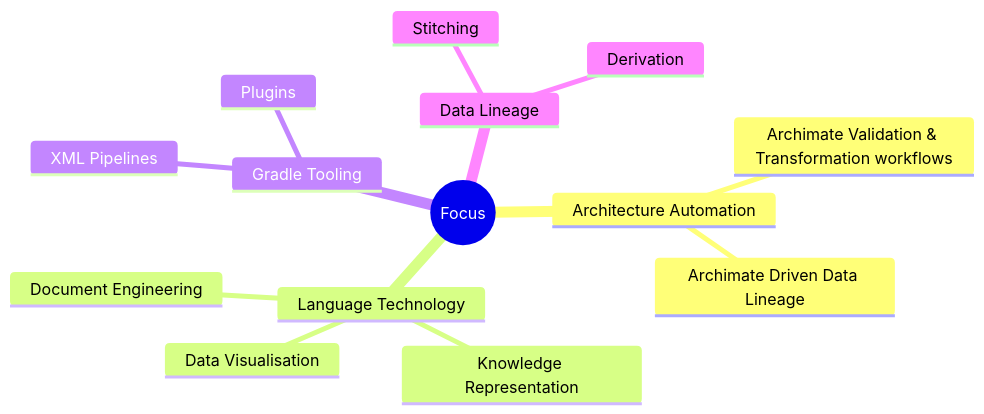
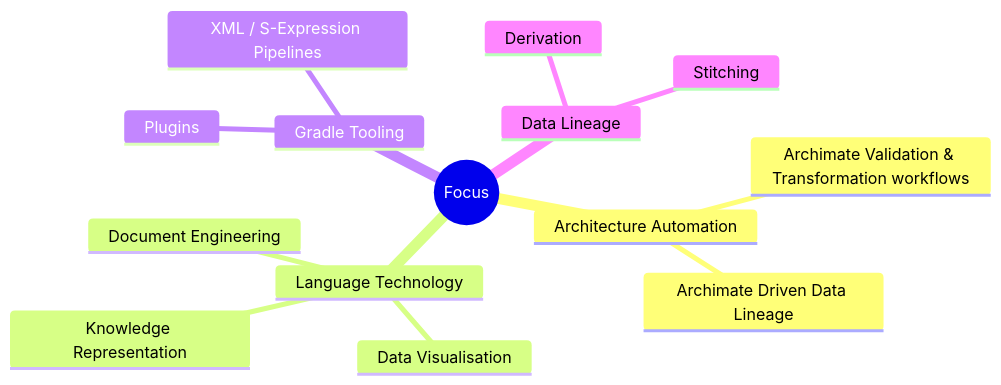
The diagram in README.md (jurgenei/jurgenei), drawn with Mermaid before and after one commit.

Commit message:
updated mindmap

````diff
--- a/README.md
+++ b/README.md
@@ -11,17 +11,17 @@
 ```mermaid
 mindmap
   root((Focus))
     Architecture Automation
        Archimate Validation & Transformation workflows
        Archimate Driven Data Lineage
     Language Technology
        Data Visualisation
        Knowledge Representation
        Document Engineering
     Gradle Tooling
        Plugins
-       XML Pipelines
+       XML / S-Expression Pipelines
     Data Lineage
       Derivation
       Stitching
 ```
````
